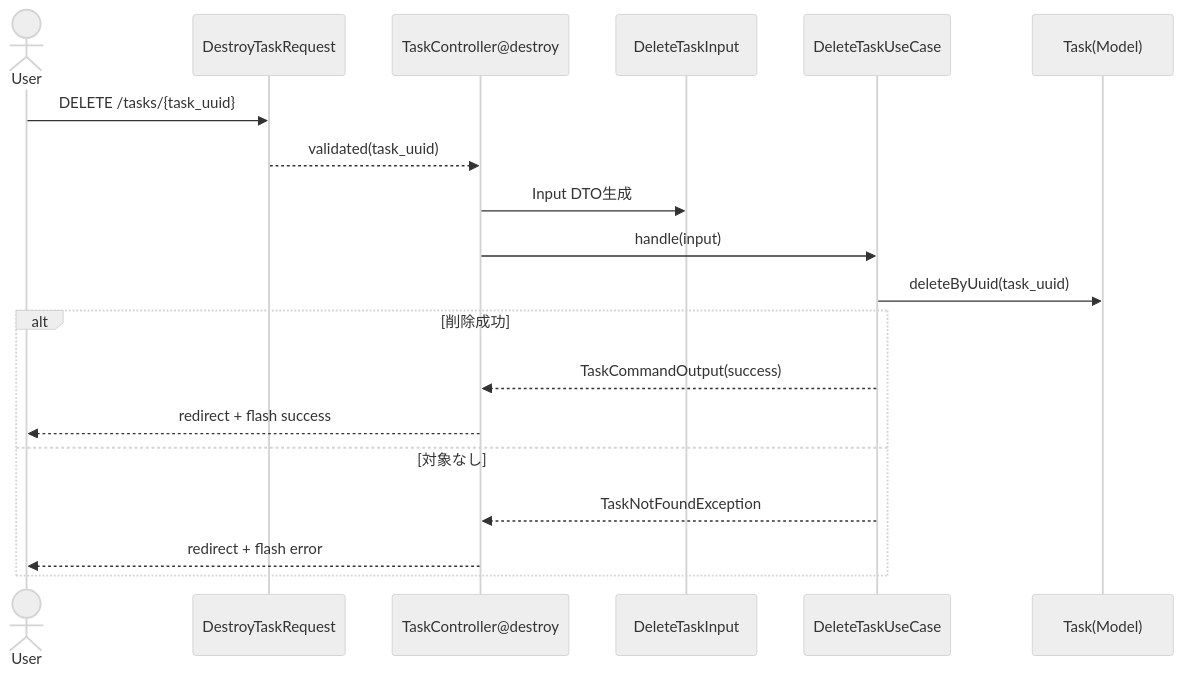
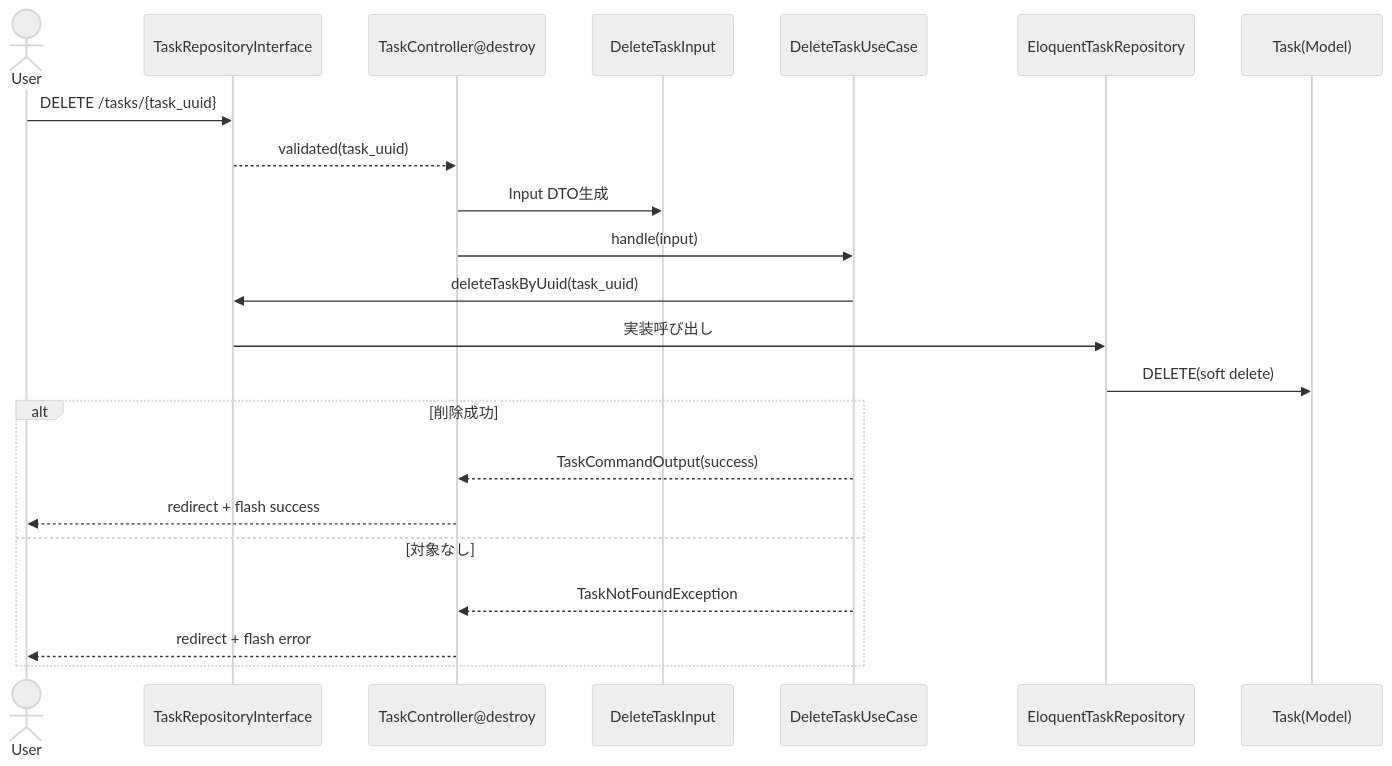
Before and after one commit to pasgroup/laravel-playground: the fifth of 5 diagrams in docs/task-usecase-data-flow.md, drawn with Mermaid (neutral theme). The commit also changed other lines of this file and 15 other files, not shown here.

````diff
--- a/docs/task-usecase-data-flow.md
+++ b/docs/task-usecase-data-flow.md
@@ -108,22 +127,26 @@
 ```mermaid
 sequenceDiagram
     actor U as User
     participant R as DestroyTaskRequest
     participant C as TaskController@destroy
     participant D as DeleteTaskInput
     participant DU as DeleteTaskUseCase
+    participant R as TaskRepositoryInterface
+    participant ER as EloquentTaskRepository
     participant T as Task(Model)
 
     U->>R: DELETE /tasks/{task_uuid}
     R-->>C: validated(task_uuid)
     C->>D: Input DTO生成
     C->>DU: handle(input)
-    DU->>T: deleteByUuid(task_uuid)
+    DU->>R: deleteTaskByUuid(task_uuid)
+    R->>ER: 実装呼び出し
+    ER->>T: DELETE(soft delete)
     alt 削除成功
         DU-->>C: TaskCommandOutput(success)
         C-->>U: redirect + flash success
     else 対象なし
         DU-->>C: TaskNotFoundException
         C-->>U: redirect + flash error
     end
 ```
````
